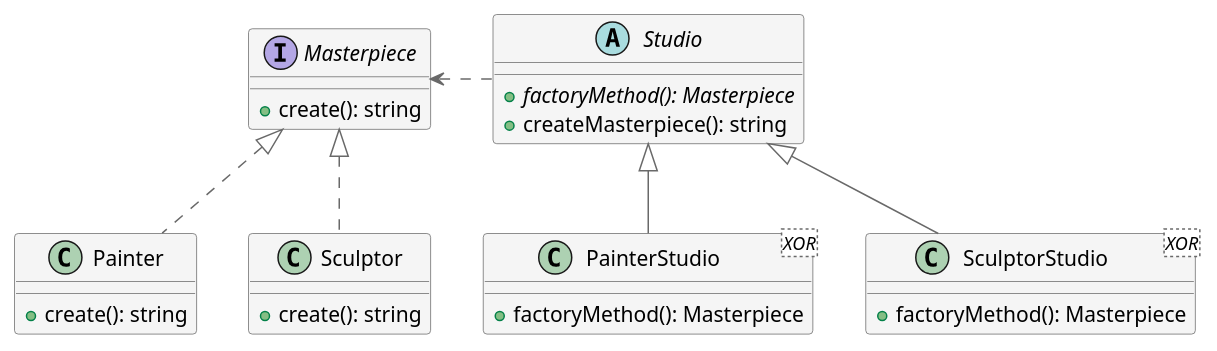
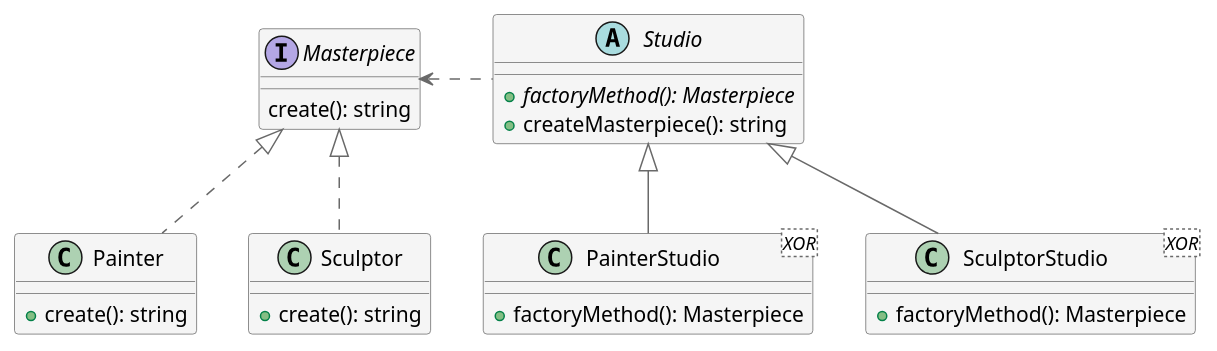
One commit to plkpiotr/design-patterns changed the diagram in src/app/creational/factory-method/factory-method.puml. Above: the diagram before and after it, drawn with PlantUML. The commit also changed 10 other files, not shown here.

```diff
--- a/src/app/creational/factory-method/factory-method.puml
+++ b/src/app/creational/factory-method/factory-method.puml
@@ -1,45 +1,45 @@
 @startuml
 
 skinparam class {
   backgroundColor whitesmoke
   arrowColor dimgrey
   borderColor dimgrey
 }
 
 interface Masterpiece {
-  + create(): string
+  create(): string
 }
 
 abstract class Studio {
   + {abstract} factoryMethod(): Masterpiece
   + createMasterpiece(): string
 }
 
 class Painter {
   + create(): string
 }
 
 class Sculptor {
   + create(): string
 }
 
 class PainterStudio <XOR> {
   + factoryMethod(): Masterpiece
 }
 
 class SculptorStudio <XOR> {
   + factoryMethod(): Masterpiece
 }
 
 Masterpiece <|.. Painter
 Masterpiece <|.. Sculptor
 
 Studio <|-- PainterStudio
 Studio <|-- SculptorStudio
 
 Masterpiece <. Studio
 
 'Painter .. PainterStudio
 'Sculptor .. SculptorStudio
 
 @enduml
```
